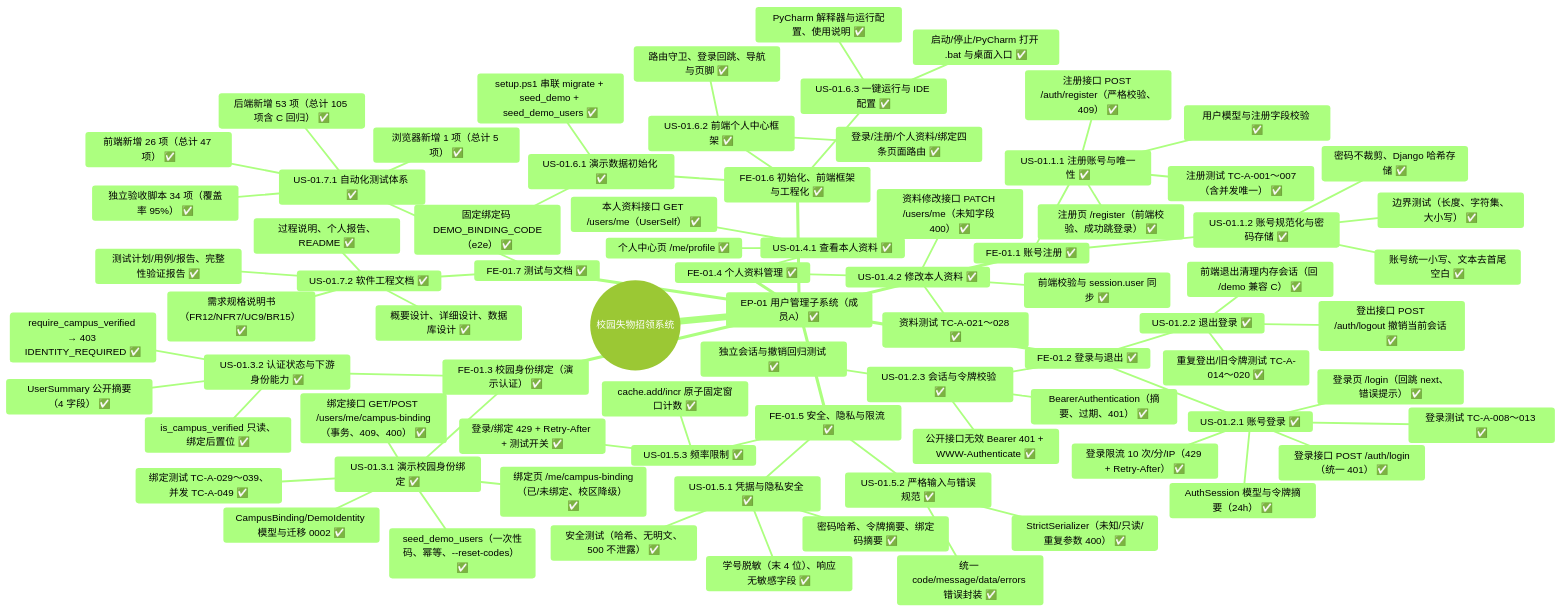
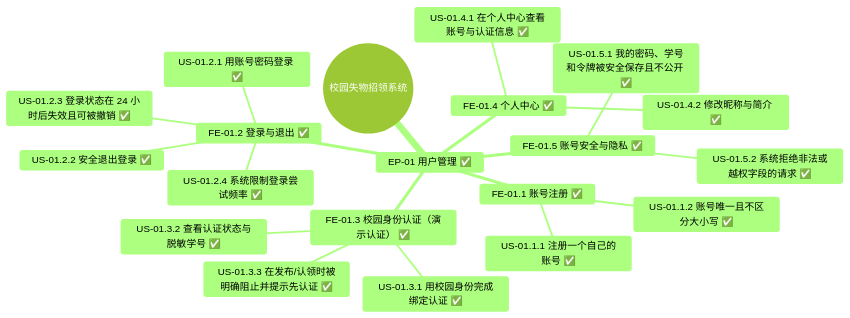
One commit to Haohan1127/lost-and-found-system changed the diagram in docs/process/mindmap-A-radial.mmd. Above: the diagram before and after it, drawn with Mermaid (forest theme). The commit also changed 10 other files, not shown here.

Commit message:
docs: 思维导图 v2——Feature 改为用户视角，Story 改为用户故事格式

```diff
--- a/docs/process/mindmap-A-radial.mmd
+++ b/docs/process/mindmap-A-radial.mmd
@@ -1,79 +1,21 @@
 mindmap
   root((校园失物招领系统))
-    EP-01 用户管理子系统（成员A） ✅
+    EP-01 用户管理 ✅
       FE-01.1 账号注册 ✅
-        US-01.1.1 注册账号与唯一性 ✅
-          用户模型与注册字段校验 ✅
-          注册接口 POST /auth/register（严格校验、409） ✅
-          注册页 /register（前端校验、成功跳登录） ✅
-          注册测试 TC-A-001～007（含并发唯一） ✅
-        US-01.1.2 账号规范化与密码存储 ✅
-          账号统一小写、文本去首尾空白 ✅
-          密码不裁剪、Django 哈希存储 ✅
-          边界测试（长度、字符集、大小写） ✅
+        US-01.1.1 注册一个自己的账号 ✅
+        US-01.1.2 账号唯一且不区分大小写 ✅
       FE-01.2 登录与退出 ✅
-        US-01.2.1 账号登录 ✅
-          AuthSession 模型与令牌摘要（24h） ✅
-          登录接口 POST /auth/login（统一 401） ✅
-          登录页 /login（回跳 next、错误提示） ✅
-          登录限流 10 次/分/IP（429 + Retry-After） ✅
-          登录测试 TC-A-008～013 ✅
-        US-01.2.2 退出登录 ✅
-          登出接口 POST /auth/logout 撤销当前会话 ✅
-          前端退出清理内存会话（回 /demo 兼容 C） ✅
-          重复登出/旧令牌测试 TC-A-014～020 ✅
-        US-01.2.3 会话与令牌校验 ✅
-          BearerAuthentication（摘要、过期、401） ✅
-          公开接口无效 Bearer 401 + WWW-Authenticate ✅
-          独立会话与撤销回归测试 ✅
-      FE-01.3 校园身份绑定（演示认证） ✅
-        US-01.3.1 演示校园身份绑定 ✅
-          CampusBinding/DemoIdentity 模型与迁移 0002 ✅
-          绑定接口 GET/POST /users/me/campus-binding（事务、409、400） ✅
-          seed_demo_users（一次性码、幂等、--reset-codes） ✅
-          绑定页 /me/campus-binding（已/未绑定、校区降级） ✅
-          绑定测试 TC-A-029～039、并发 TC-A-049 ✅
-        US-01.3.2 认证状态与下游身份能力 ✅
-          is_campus_verified 只读、绑定后置位 ✅
-          require_campus_verified → 403 IDENTITY_REQUIRED ✅
-          UserSummary 公开摘要（4 字段） ✅
-      FE-01.4 个人资料管理 ✅
-        US-01.4.1 查看本人资料 ✅
-          本人资料接口 GET /users/me（UserSelf） ✅
-          个人中心页 /me/profile ✅
-        US-01.4.2 修改本人资料 ✅
-          资料修改接口 PATCH /users/me（未知字段 400） ✅
-          前端校验与 session.user 同步 ✅
-          资料测试 TC-A-021～028 ✅
-      FE-01.5 安全、隐私与限流 ✅
-        US-01.5.1 凭据与隐私安全 ✅
-          密码哈希、令牌摘要、绑定码摘要 ✅
-          学号脱敏（末 4 位）、响应无敏感字段 ✅
-          安全测试（哈希、无明文、500 不泄露） ✅
-        US-01.5.2 严格输入与错误规范 ✅
-          StrictSerializer（未知/只读/重复参数 400） ✅
-          统一 code/message/data/errors 错误封装 ✅
-        US-01.5.3 频率限制 ✅
-          cache.add/incr 原子固定窗口计数 ✅
-          登录/绑定 429 + Retry-After + 测试开关 ✅
-      FE-01.6 初始化、前端框架与工程化 ✅
-        US-01.6.1 演示数据初始化 ✅
-          setup.ps1 串联 migrate + seed_demo + seed_demo_users ✅
-          固定绑定码 DEMO_BINDING_CODE（e2e） ✅
-        US-01.6.2 前端个人中心框架 ✅
-          登录/注册/个人资料/绑定四条页面路由 ✅
-          路由守卫、登录回跳、导航与页脚 ✅
-        US-01.6.3 一键运行与 IDE 配置 ✅
-          启动/停止/PyCharm 打开 .bat 与桌面入口 ✅
-          PyCharm 解释器与运行配置、使用说明 ✅
-      FE-01.7 测试与文档 ✅
-        US-01.7.1 自动化测试体系 ✅
-          后端新增 53 项（总计 105 项含 C 回归） ✅
-          前端新增 26 项（总计 47 项） ✅
-          浏览器新增 1 项（总计 5 项） ✅
-          独立验收脚本 34 项（覆盖率 95%） ✅
-        US-01.7.2 软件工程文档 ✅
-          需求规格说明书（FR12/NFR7/UC9/BR15） ✅
-          概要设计、详细设计、数据库设计 ✅
-          测试计划/用例/报告、完整性验证报告 ✅
-          过程说明、个人报告、README ✅
+        US-01.2.1 用账号密码登录 ✅
+        US-01.2.2 安全退出登录 ✅
+        US-01.2.3 登录状态在 24 小时后失效且可被撤销 ✅
+        US-01.2.4 系统限制登录尝试频率 ✅
+      FE-01.3 校园身份认证（演示认证） ✅
+        US-01.3.1 用校园身份完成绑定认证 ✅
+        US-01.3.2 查看认证状态与脱敏学号 ✅
+        US-01.3.3 在发布/认领时被明确阻止并提示先认证 ✅
+      FE-01.4 个人中心 ✅
+        US-01.4.1 在个人中心查看账号与认证信息 ✅
+        US-01.4.2 修改昵称与简介 ✅
+      FE-01.5 账号安全与隐私 ✅
+        US-01.5.1 我的密码、学号和令牌被安全保存且不公开 ✅
+        US-01.5.2 系统拒绝非法或越权字段的请求 ✅
```
